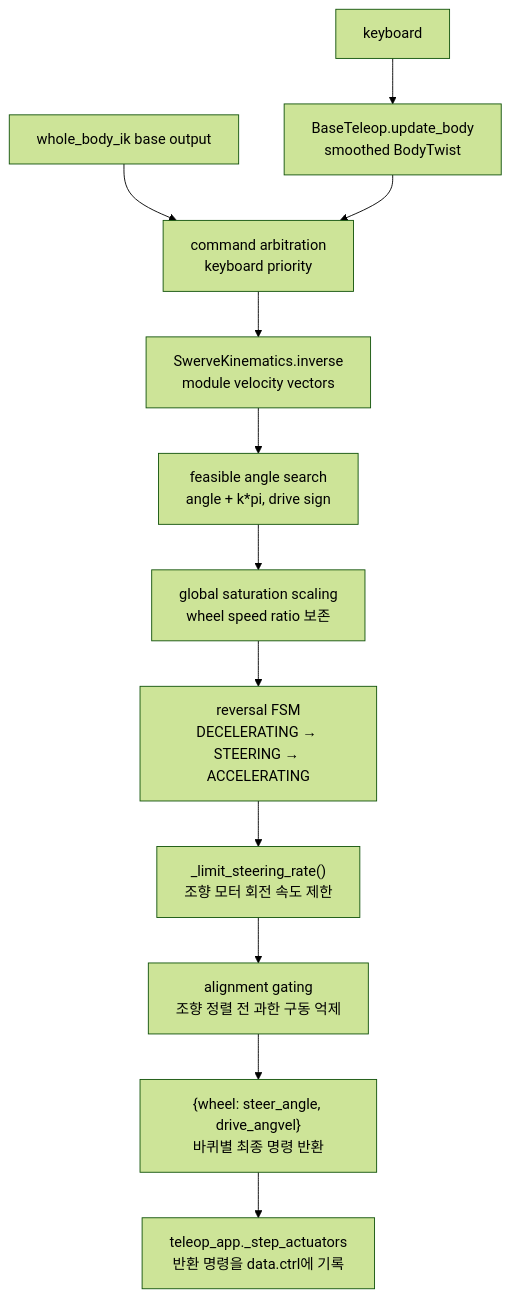
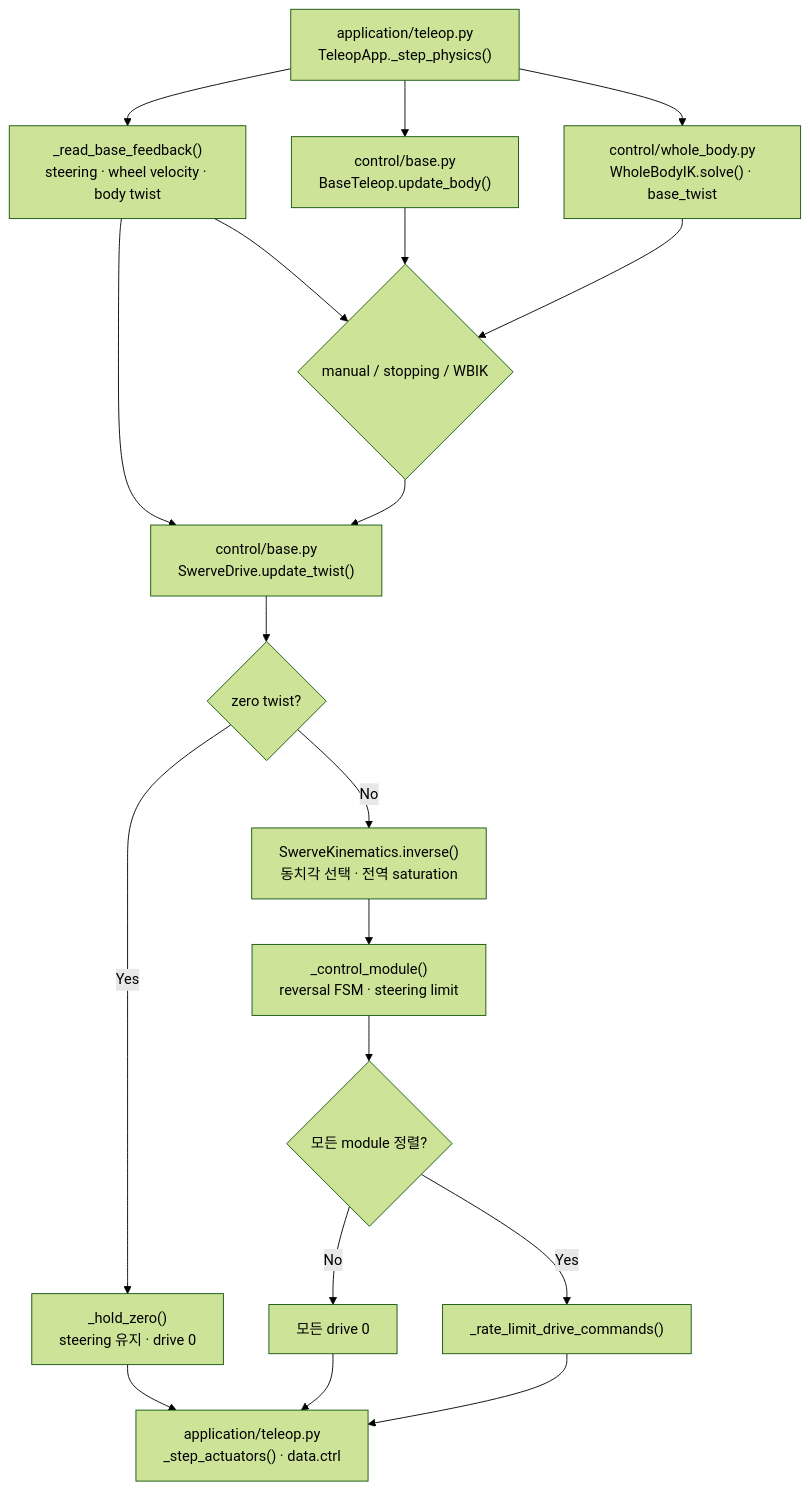
The diagram in docs/guide/base_teleop.md (Geonhee-LEE/aiworker-mj-lab), drawn with Mermaid (forest theme) before and after one commit. The commit also changed other lines of this file and 54 other files, not shown here.

````diff
--- a/docs/guide/base_teleop.md
+++ b/docs/guide/base_teleop.md
@@ -141,14 +163,30 @@
 ```mermaid
 flowchart TD
-    A["keyboard"] --> B["BaseTeleop.update_body<br>smoothed BodyTwist"]
-    W["whole_body_ik base output"] --> C["command arbitration<br>keyboard priority"]
-    B --> C
-    C --> F["SwerveKinematics.inverse<br>module velocity vectors"]
-    F --> G["feasible angle search<br>angle + k*pi, drive sign"]
-    G --> GS["global saturation scaling<br>wheel speed ratio 보존"]
-    GS --> H["reversal FSM<br>DECELERATING → STEERING → ACCELERATING"]
-    H --> I["_limit_steering_rate()<br>조향 모터 회전 속도 제한"]
-    I --> J["alignment gating<br>조향 정렬 전 과한 구동 억제"]
-    J --> L["{wheel: steer_angle, drive_angvel}<br>바퀴별 최종 명령 반환"]
-    L --> M["teleop_app._step_actuators<br>반환 명령을 data.ctrl에 기록"]
+    APP["application/teleop.py<br>TeleopApp._step_physics()"]
+    FB["_read_base_feedback()<br>steering · wheel velocity · body twist"]
+    KEY["control/base.py<br>BaseTeleop.update_body()"]
+    IK["control/whole_body.py<br>WholeBodyIK.solve() · base_twist"]
+    ARB{"manual / stopping / WBIK"}
+    DRIVE["control/base.py<br>SwerveDrive.update_twist()"]
+    ZERO{"zero twist?"}
+    HOLD["_hold_zero()<br>steering 유지 · drive 0"]
+    INV["SwerveKinematics.inverse()<br>동치각 선택 · 전역 saturation"]
+    MOD["_control_module()<br>reversal FSM · steering limit"]
+    ALIGN{"모든 module 정렬?"}
+    GATE["모든 drive 0"]
+    RATE["_rate_limit_drive_commands()"]
+    ACT["application/teleop.py<br>_step_actuators() · data.ctrl"]
+
+    APP --> FB
+    APP --> KEY
+    APP --> IK
+    FB --> ARB
+    FB --> DRIVE
+    KEY --> ARB
+    IK --> ARB
+    ARB --> DRIVE --> ZERO
+    ZERO -- Yes --> HOLD --> ACT
+    ZERO -- No --> INV --> MOD --> ALIGN
+    ALIGN -- No --> GATE --> ACT
+    ALIGN -- Yes --> RATE --> ACT
 ```
````
